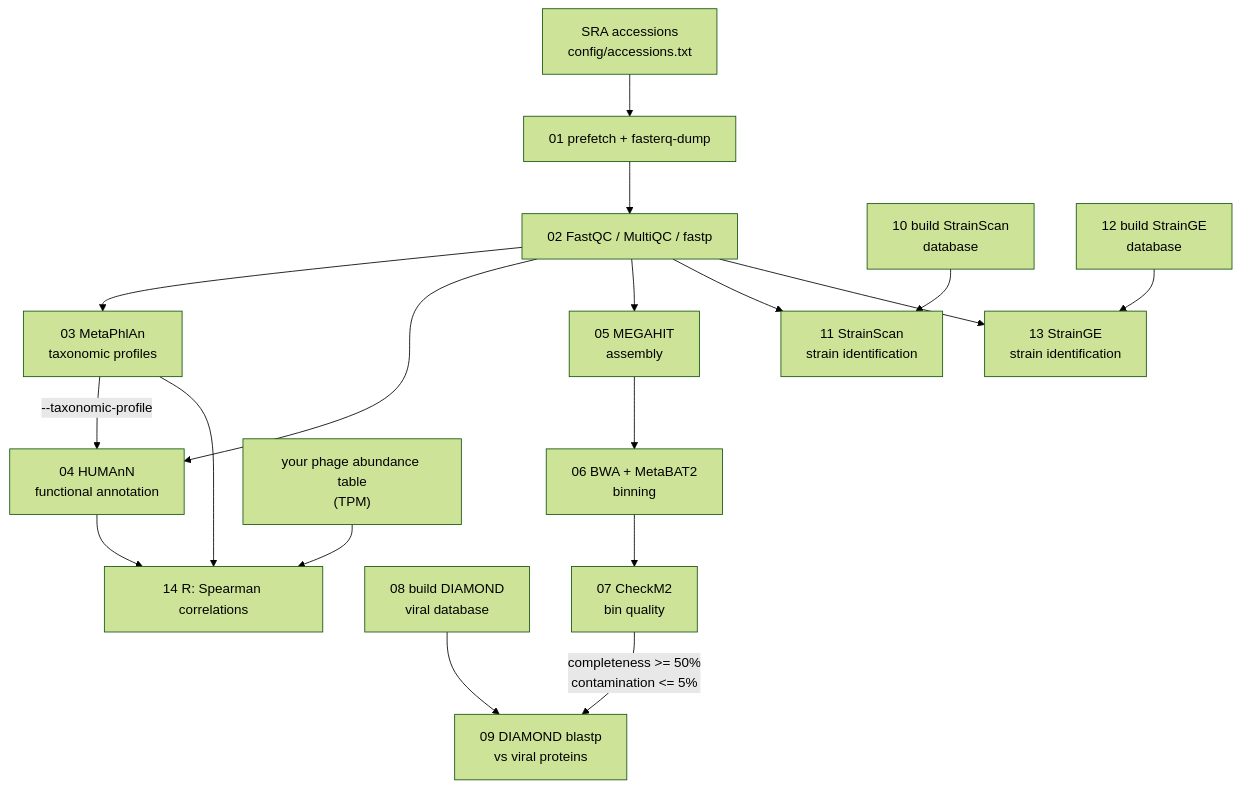
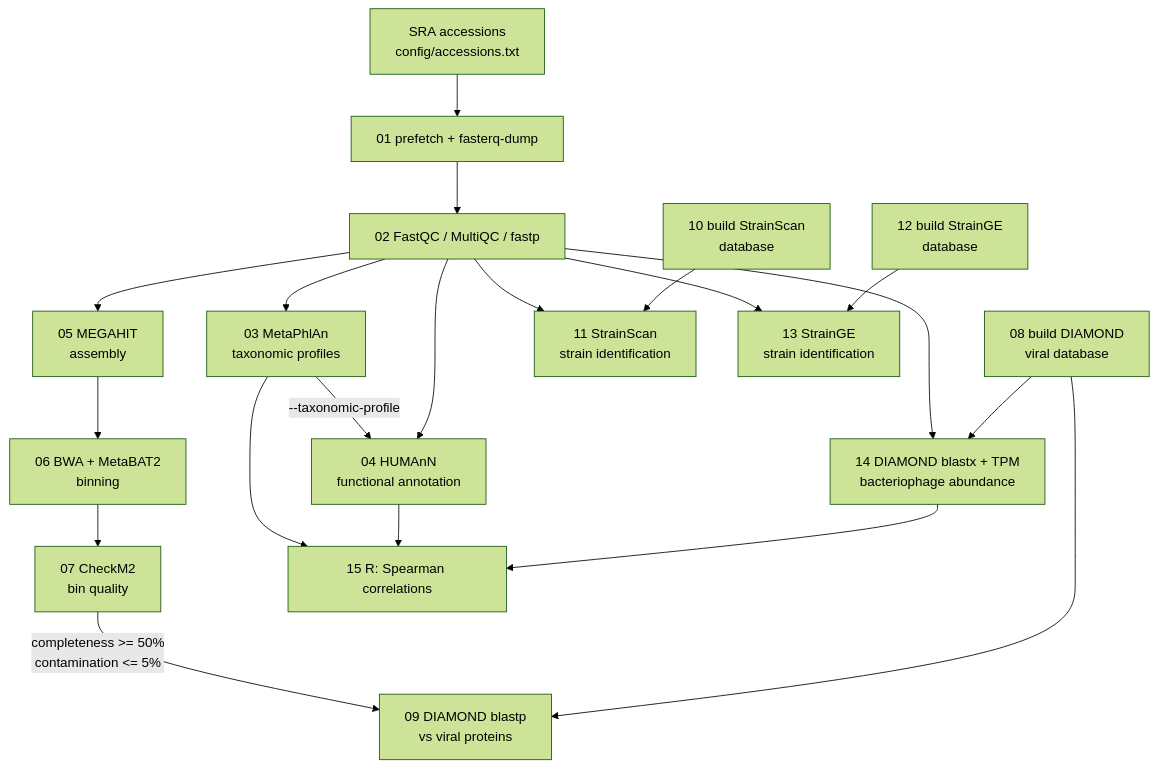
The diagram in README.md (sahilrishav2/Atacama_Microbiome), drawn with Mermaid (forest theme) before and after one commit. The commit also changed other lines of this file, not shown here.

````diff
--- a/README.md
+++ b/README.md
@@ -13,20 +13,22 @@
 ```mermaid
 flowchart TD
     A["SRA accessions<br/>config/accessions.txt"] --> B["01 prefetch + fasterq-dump"]
     B --> C["02 FastQC / MultiQC / fastp"]
     C --> D["03 MetaPhlAn<br/>taxonomic profiles"]
     D -->|"--taxonomic-profile"| HU["04 HUMAnN<br/>functional annotation"]
     C --> HU
     C --> E["05 MEGAHIT<br/>assembly"]
     E --> F["06 BWA + MetaBAT2<br/>binning"]
     F --> G["07 CheckM2<br/>bin quality"]
     G -->|"completeness >= 50%<br/>contamination <= 5%"| H["09 DIAMOND blastp<br/>vs viral proteins"]
     V["08 build DIAMOND<br/>viral database"] --> H
     C --> SS["11 StrainScan<br/>strain identification"]
     S["10 build StrainScan<br/>database"] --> SS
     C --> SG["13 StrainGE<br/>strain identification"]
     SD["12 build StrainGE<br/>database"] --> SG
-    D --> R["14 R: Spearman correlations"]
+    D --> R["15 R: Spearman correlations"]
     HU --> R
-    P["your phage abundance table<br/>(TPM)"] --> R
+    C --> PH["14 DIAMOND blastx + TPM<br/>bacteriophage abundance"]
+    V --> PH
+    PH --> R
 ```
````
